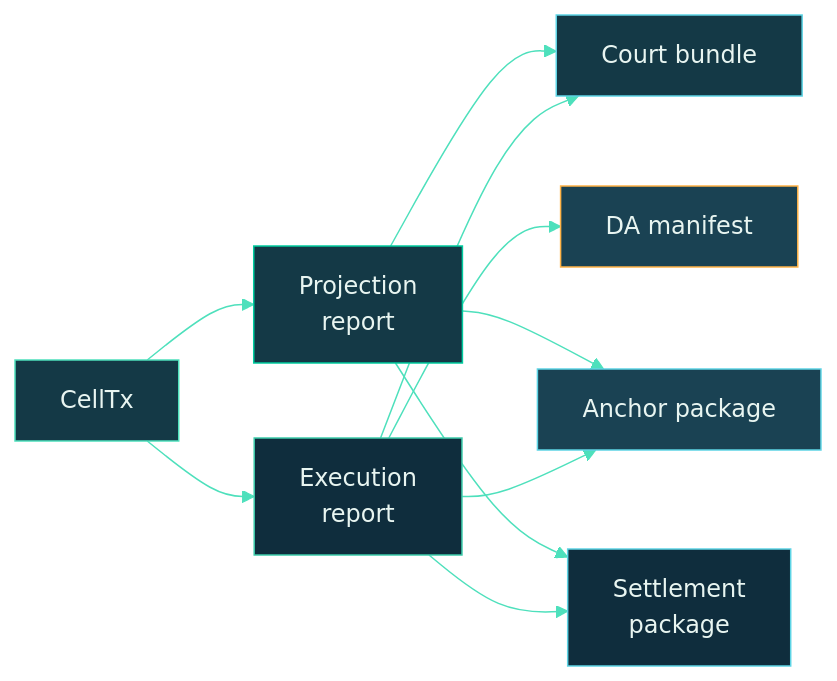
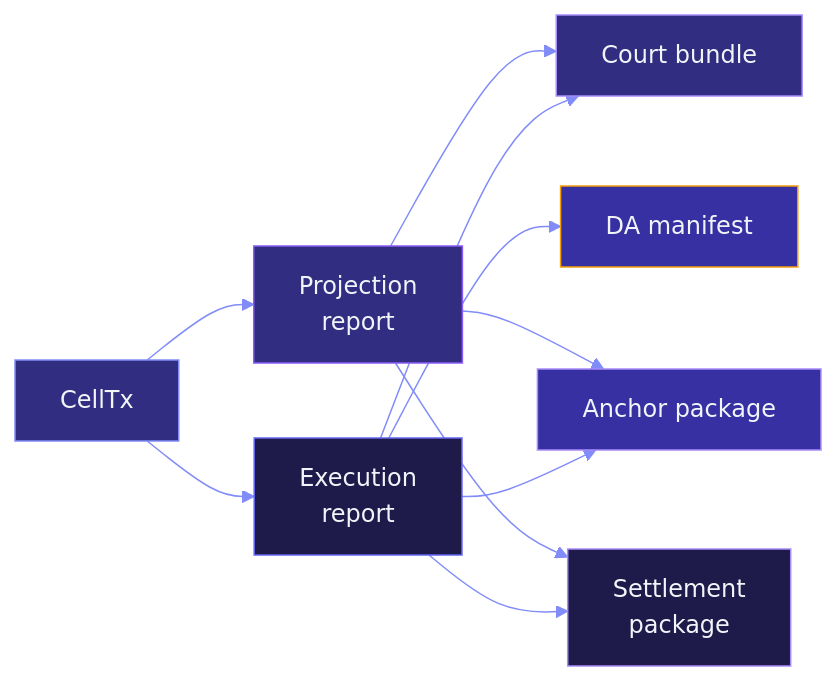
Before and after one commit to Myelin-Labs/Myelin: the first of 2 diagrams in docs/security/evidence-paths.md, drawn with Mermaid. The commit also changed other lines of this file and 31 other files, not shown here.

````diff
--- a/docs/security/evidence-paths.md
+++ b/docs/security/evidence-paths.md
@@ -96,39 +96,39 @@
 ```mermaid
 %%{init: {
   "theme": "base",
   "themeVariables": {
-    "primaryColor": "#0F2D3D",
-    "primaryTextColor": "#E8F5F1",
-    "primaryBorderColor": "#3CCBAA",
-    "lineColor": "#4EE0BC",
-    "secondaryColor": "#143946",
-    "tertiaryColor": "#1A4253"
+    "primaryColor": "#1E1B4B",
+    "primaryTextColor": "#F1F5F9",
+    "primaryBorderColor": "#6366F1",
+    "lineColor": "#818CF8",
+    "secondaryColor": "#312E81",
+    "tertiaryColor": "#3730A3"
   }
 }}%%
 flowchart LR
     A["CellTx"]:::in
     B["Execution<br/>report"]:::exec
     C["Projection<br/>report"]:::proj
     D["DA manifest"]:::da
     E["Court bundle"]:::court
     F["Anchor package"]:::anchor
     G["Settlement<br/>package"]:::settle
 
     A --> B
     A --> C
     B --> E
     C --> E
     B --> F
     C --> F
     B --> G
     C --> G
     B --> D
 
-    classDef in    fill:#143946,stroke:#4EE0BC,color:#E8F5F1;
-    classDef exec  fill:#0F2D3D,stroke:#3CCBAA,color:#E8F5F1;
-    classDef proj  fill:#143946,stroke:#00CC9F,color:#E8F5F1;
-    classDef da    fill:#1A4253,stroke:#FFB347,color:#E8F5F1;
-    classDef court fill:#143946,stroke:#5DD4E5,color:#E8F5F1;
-    classDef anchor fill:#1A4253,stroke:#5DD4E5,color:#E8F5F1;
-    classDef settle fill:#0F2D3D,stroke:#5DD4E5,color:#E8F5F1;
+    classDef in    fill:#312E81,stroke:#818CF8,color:#F1F5F9;
+    classDef exec  fill:#1E1B4B,stroke:#6366F1,color:#F1F5F9;
+    classDef proj  fill:#312E81,stroke:#8B5CF6,color:#F1F5F9;
+    classDef da    fill:#3730A3,stroke:#F59E0B,color:#F1F5F9;
+    classDef court fill:#312E81,stroke:#A78BFA,color:#F1F5F9;
+    classDef anchor fill:#3730A3,stroke:#A78BFA,color:#F1F5F9;
+    classDef settle fill:#1E1B4B,stroke:#A78BFA,color:#F1F5F9;
 ```
````
